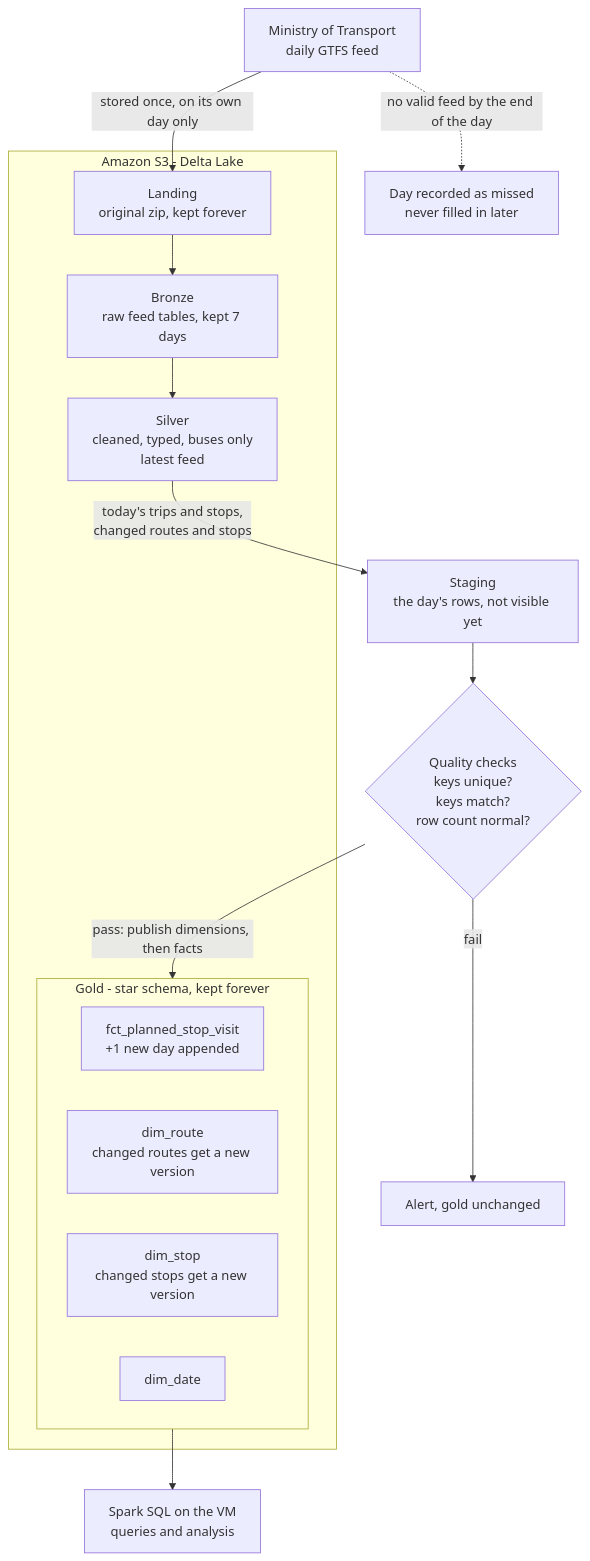
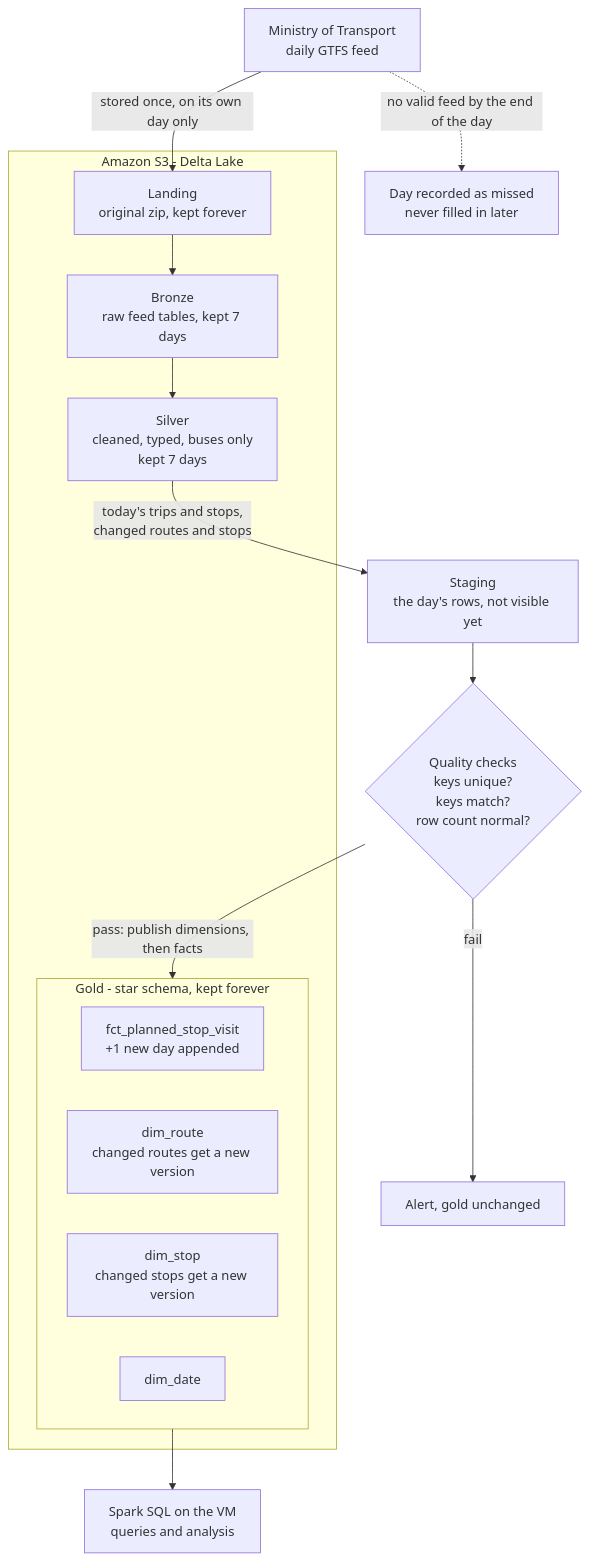
One commit to omershenhav7/israel-transit-pipeline changed the first of 2 diagrams in docs/architecture.md. Above: the diagram before and after it, drawn with Mermaid. The commit also changed other lines of this file and 3 other files, not shown here.

````diff
--- a/docs/architecture.md
+++ b/docs/architecture.md
@@ -35,27 +35,27 @@
 ```mermaid
 flowchart TD
     MOT["Ministry of Transport<br/>daily GTFS feed"] -->|"stored once, on its own day only"| LAND
     MOT -.->|"no valid feed by the end of the day"| MISSED["Day recorded as missed<br/>never filled in later"]
 
     subgraph S3["Amazon S3 - Delta Lake"]
         LAND["Landing<br/>original zip, kept forever"]
         BRONZE["Bronze<br/>raw feed tables, kept 7 days"]
-        SILVER["Silver<br/>cleaned, typed, buses only<br/>latest feed"]
+        SILVER["Silver<br/>cleaned, typed, buses only<br/>kept 7 days"]
         subgraph GOLD["Gold - star schema, kept forever"]
             FACT["fct_planned_stop_visit<br/>+1 new day appended"]
             DROUTE["dim_route<br/>changed routes get a new version"]
             DSTOP["dim_stop<br/>changed stops get a new version"]
             DDATE["dim_date"]
         end
     end
 
     LAND --> BRONZE --> SILVER
     SILVER -->|"today's trips and stops,<br/>changed routes and stops"| STAGE["Staging<br/>the day's rows, not visible yet"]
 
     CHECKS{"Quality checks<br/>keys unique?<br/>keys match?<br/>row count normal?"}
     STAGE --> CHECKS
     CHECKS -->|"pass: publish dimensions, then facts"| GOLD
     CHECKS -->|"fail"| ALERT["Alert, gold unchanged"]
 
     GOLD --> SQL["Spark SQL on the VM<br/>queries and analysis"]
 ```
````
